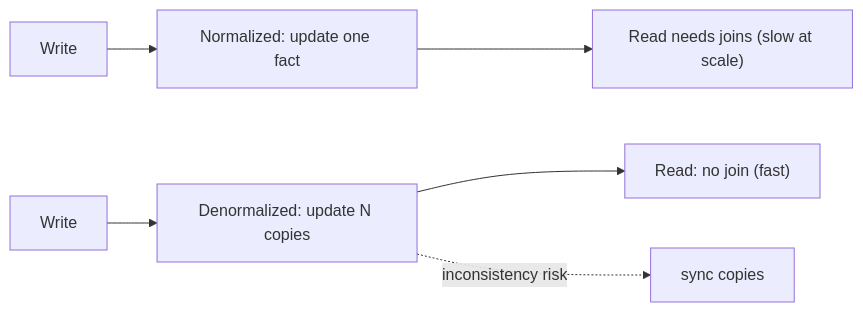
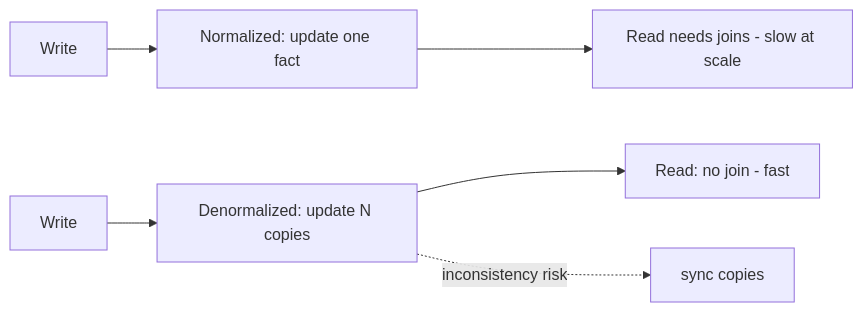
The first of 2 diagrams in docs/03-data-storage/01-normalization-indexing.md (RIT-MESH/system-design-mastery), drawn with Mermaid before and after one commit. The commit also changed other lines of this file and 139 other files, not shown here.

First line of the commit message:
Fix Mermaid parse errors: replace parentheses in node labels across 140 files

````diff
--- a/docs/03-data-storage/01-normalization-indexing.md
+++ b/docs/03-data-storage/01-normalization-indexing.md
@@ -21,9 +21,9 @@
 ```mermaid
 %% created-for: system-design-mastery
 flowchart LR
   Write["Write"] --> Norm["Normalized: update one fact"]
-  Norm --> JoinRead["Read needs joins (slow at scale)"]
+  Norm --> JoinRead["Read needs joins - slow at scale"]
   Write2["Write"] --> Denorm["Denormalized: update N copies"]
-  Denorm --> FastRead["Read: no join (fast)"]
+  Denorm --> FastRead["Read: no join - fast"]
   Denorm -.inconsistency risk.-> Sync["sync copies"]
 ```
````
